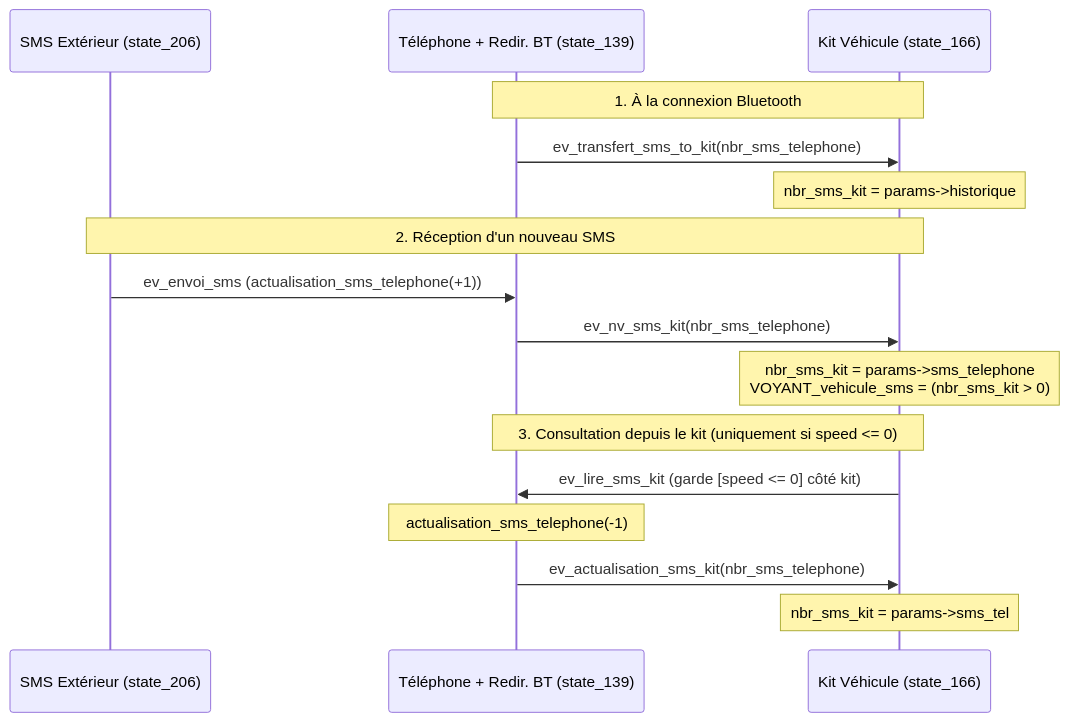
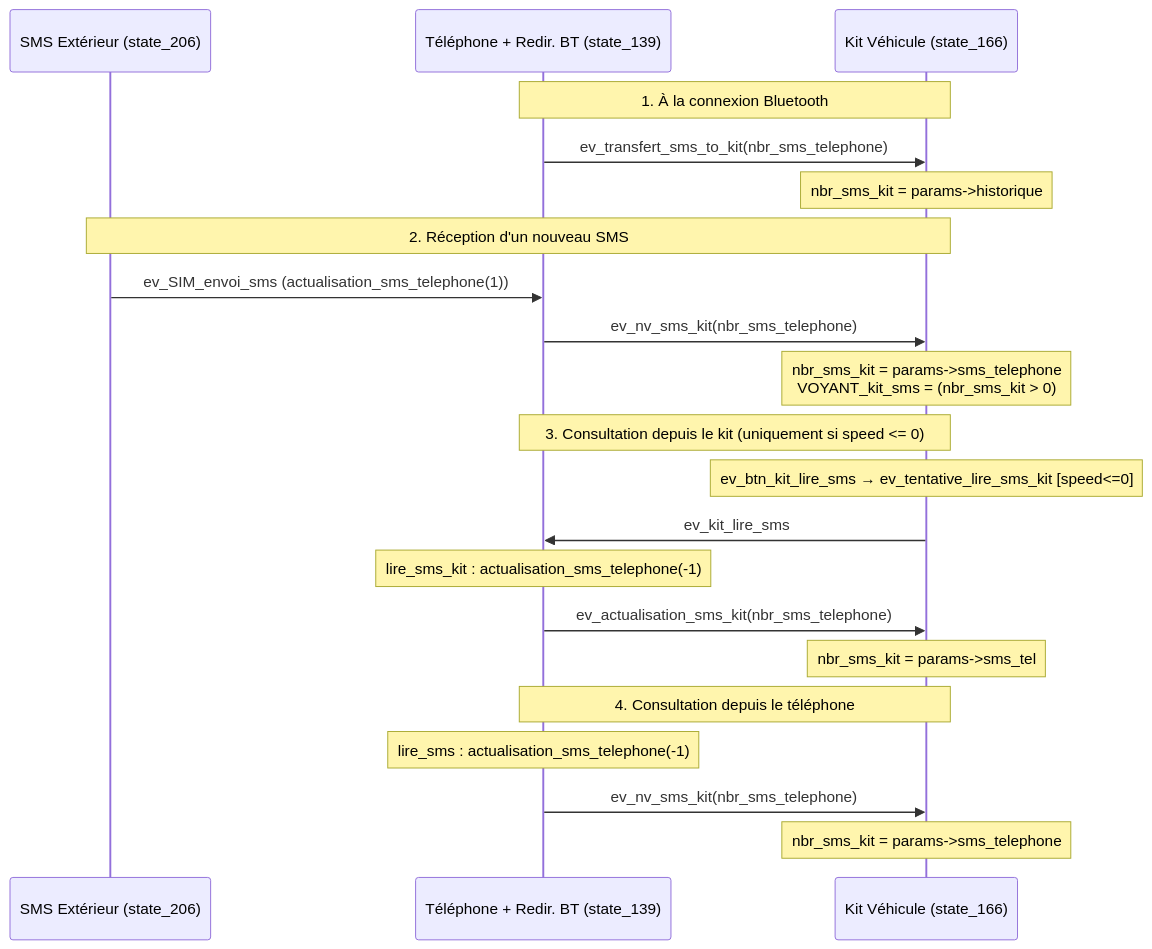
One commit to benoitdekeyn/E4SE_TD_TP changed the sixth of 9 diagrams in systemes_evenements_discrets/Rapport/Rapport.md. Above: the diagram before and after it, drawn with Mermaid. The commit also changed other lines of this file and 1 other file, not shown here.

````diff
--- a/systemes_evenements_discrets/Rapport/Rapport.md
+++ b/systemes_evenements_discrets/Rapport/Rapport.md
@@ -773,21 +860,27 @@
 ```mermaid
 sequenceDiagram
     participant Ext as SMS Extérieur (state_206)
     participant Tel as Téléphone + Redir. BT (state_139)
     participant Kit as Kit Véhicule (state_166)
 
     Note over Tel,Kit: 1. À la connexion Bluetooth
     Tel->>Kit: ev_transfert_sms_to_kit(nbr_sms_telephone)
     Note over Kit: nbr_sms_kit = params->historique
 
     Note over Ext,Kit: 2. Réception d'un nouveau SMS
-    Ext->>Tel: ev_envoi_sms (actualisation_sms_telephone(+1))
+    Ext->>Tel: ev_SIM_envoi_sms (actualisation_sms_telephone(1))
     Tel->>Kit: ev_nv_sms_kit(nbr_sms_telephone)
-    Note over Kit: nbr_sms_kit = params->sms_telephone<br/>VOYANT_vehicule_sms = (nbr_sms_kit > 0)
+    Note over Kit: nbr_sms_kit = params->sms_telephone<br/>VOYANT_kit_sms = (nbr_sms_kit > 0)
 
     Note over Tel,Kit: 3. Consultation depuis le kit (uniquement si speed <= 0)
-    Kit->>Tel: ev_lire_sms_kit (garde [speed <= 0] côté kit)
-    Note over Tel: actualisation_sms_telephone(-1)
+    Note over Kit: ev_btn_kit_lire_sms → ev_tentative_lire_sms_kit [speed<=0]
+    Kit->>Tel: ev_kit_lire_sms
+    Note over Tel: lire_sms_kit : actualisation_sms_telephone(-1)
     Tel->>Kit: ev_actualisation_sms_kit(nbr_sms_telephone)
     Note over Kit: nbr_sms_kit = params->sms_tel
+
+    Note over Tel,Kit: 4. Consultation depuis le téléphone
+    Note over Tel: lire_sms : actualisation_sms_telephone(-1)
+    Tel->>Kit: ev_nv_sms_kit(nbr_sms_telephone)
+    Note over Kit: nbr_sms_kit = params->sms_telephone
 ```
````
